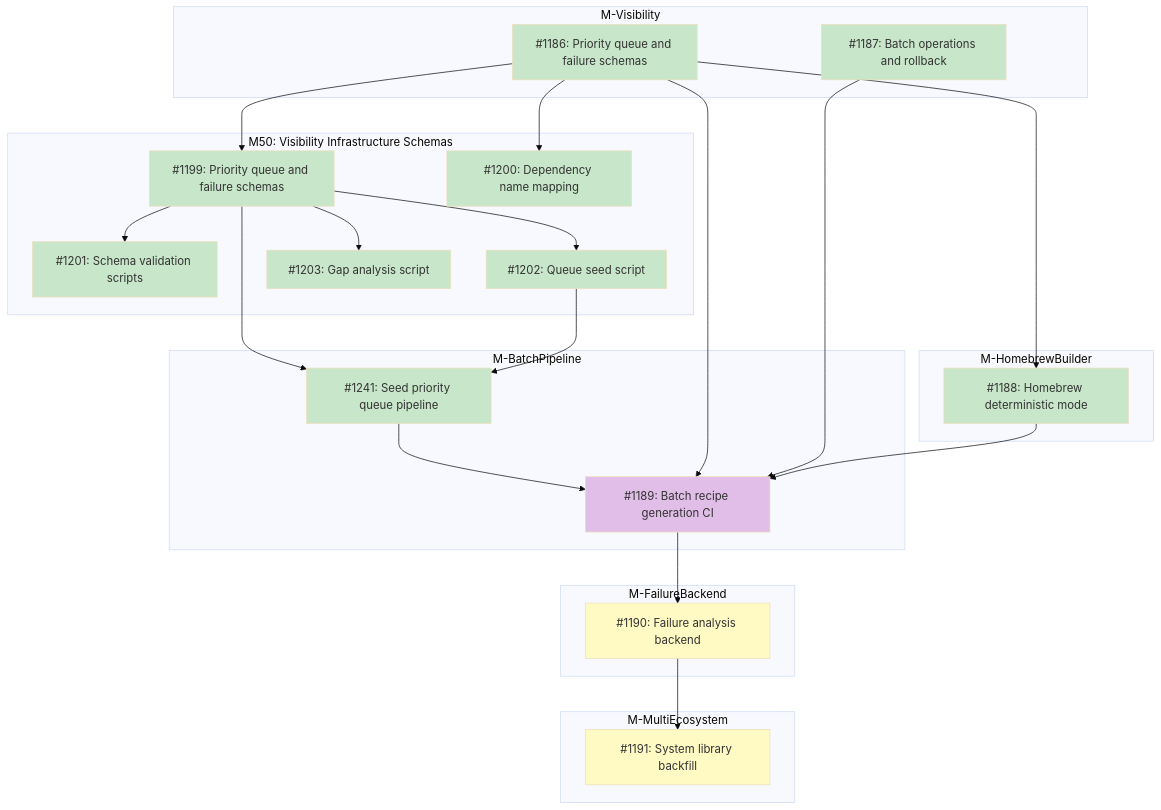
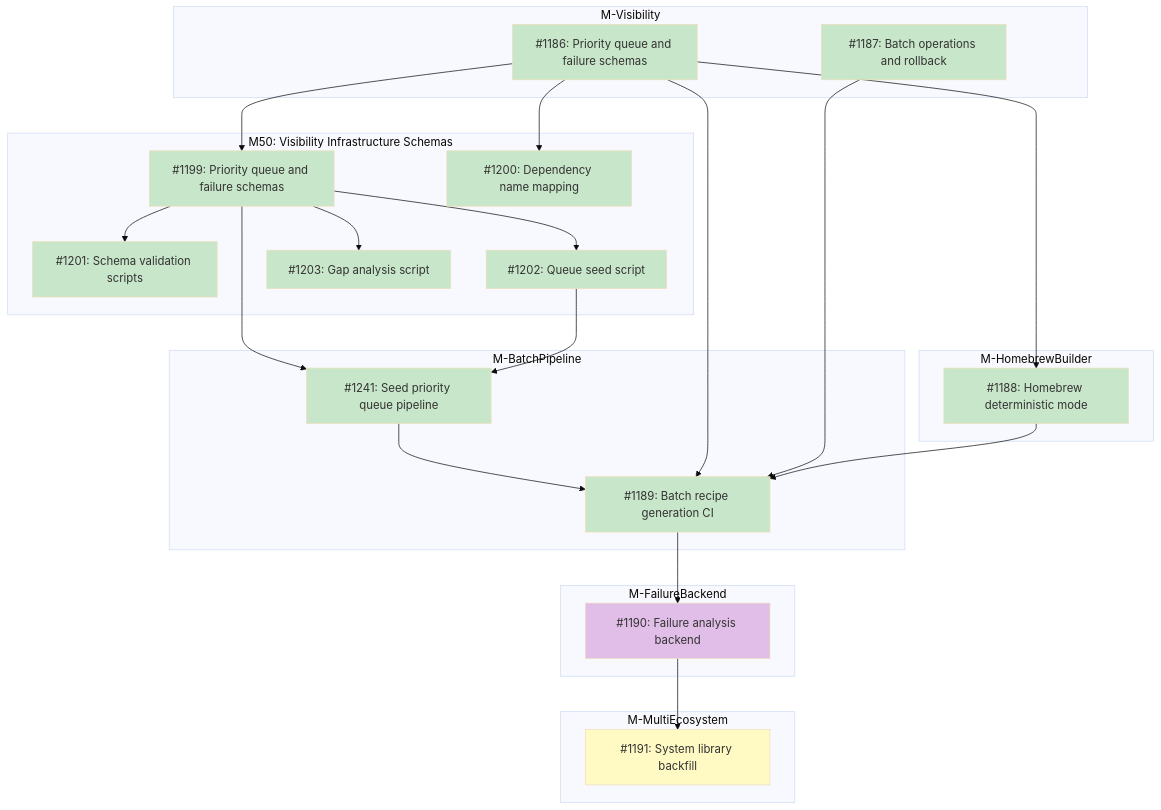
Before and after one commit to tsukumogami/tsuku: the diagram in docs/designs/DESIGN-registry-scale-strategy.md, drawn with Mermaid (base theme). The commit also changed other lines of this file, not shown here.

Commit message:
docs(registry-scale-strategy): update M-BatchPipeline with implementation reference and diagram status

````diff
--- a/docs/designs/DESIGN-registry-scale-strategy.md
+++ b/docs/designs/DESIGN-registry-scale-strategy.md
@@ -68,63 +70,64 @@
 ```mermaid
 graph TD
     subgraph M_Visibility["M-Visibility"]
         I1186["#1186: Priority queue and failure schemas"]
         I1187["#1187: Batch operations and rollback"]
     end
 
     subgraph M50["M50: Visibility Infrastructure Schemas"]
         I1199["#1199: Priority queue and failure schemas"]
         I1200["#1200: Dependency name mapping"]
         I1201["#1201: Schema validation scripts"]
         I1202["#1202: Queue seed script"]
         I1203["#1203: Gap analysis script"]
     end
 
     subgraph M_HomebrewBuilder["M-HomebrewBuilder"]
         I1188["#1188: Homebrew deterministic mode"]
     end
 
     subgraph M_BatchPipeline["M-BatchPipeline"]
         I1241["#1241: Seed priority queue pipeline"]
         I1189["#1189: Batch recipe generation CI"]
     end
 
     subgraph M_FailureBackend["M-FailureBackend"]
         I1190["#1190: Failure analysis backend"]
     end
 
     subgraph M_MultiEcosystem["M-MultiEcosystem"]
         I1191["#1191: System library backfill"]
     end
 
     I1186 --> I1199
     I1186 --> I1200
     I1199 --> I1201
     I1199 --> I1202
     I1199 --> I1203
     I1199 --> I1241
     I1202 --> I1241
     I1186 --> I1188
     I1241 --> I1189
     I1186 --> I1189
     I1187 --> I1189
     I1188 --> I1189
     I1189 --> I1190
     I1190 --> I1191
 
     classDef done fill:#c8e6c9
     classDef ready fill:#bbdefb
     classDef blocked fill:#fff9c4
     classDef needsDesign fill:#e1bee7
 
     class I1186,I1187 done
     class I1200 done
     class I1199 done
     class I1188 done
     class I1201 done
     class I1202 done
     class I1203 done
     class I1241 done
-    class I1189 needsDesign
-    class I1190,I1191 blocked
+    class I1189 done
+    class I1190 needsDesign
+    class I1191 blocked
 ```
````
